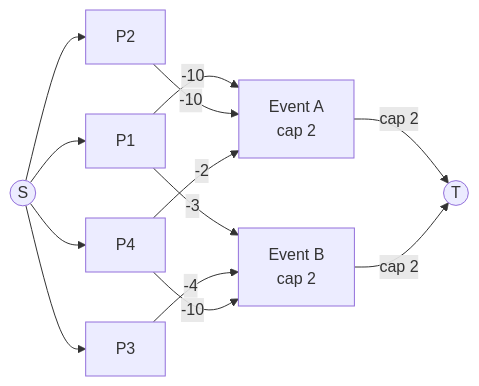
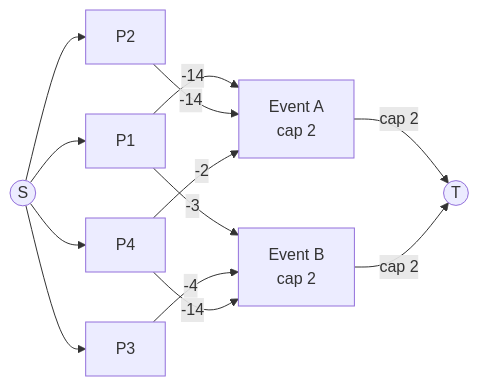
The fifth of 5 diagrams in ALGORITHM.md (OskarLeirvaag/Puljefordeling), drawn with Mermaid before and after one commit. The commit also changed other lines of this file and 12 other files, not shown here.

````diff
--- a/ALGORITHM.md
+++ b/ALGORITHM.md
@@ -180,14 +179,14 @@
 ```mermaid
 flowchart LR
     S((S)) --> P1 & P2 & P3 & P4
 
-    P1 -->|"-10"| A
+    P1 -->|"-14"| A
     P1 -->|"-3"| B
-    P2 -->|"-10"| A
+    P2 -->|"-14"| A
     P3 -->|"-4"| B
     P4 -->|"-2"| A
-    P4 -->|"-10"| B
+    P4 -->|"-14"| B
 
     A["Event A\ncap 2"] -->|cap 2| T((T))
     B["Event B\ncap 2"] -->|cap 2| T
 ```
````
